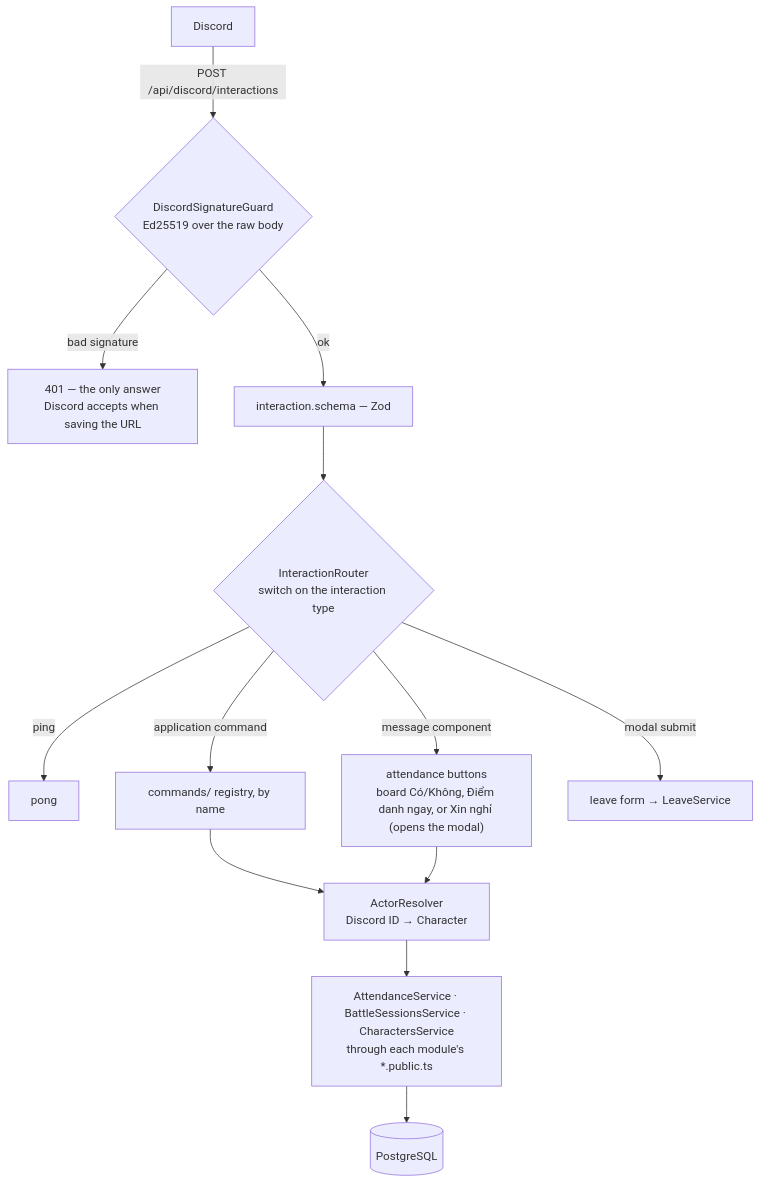
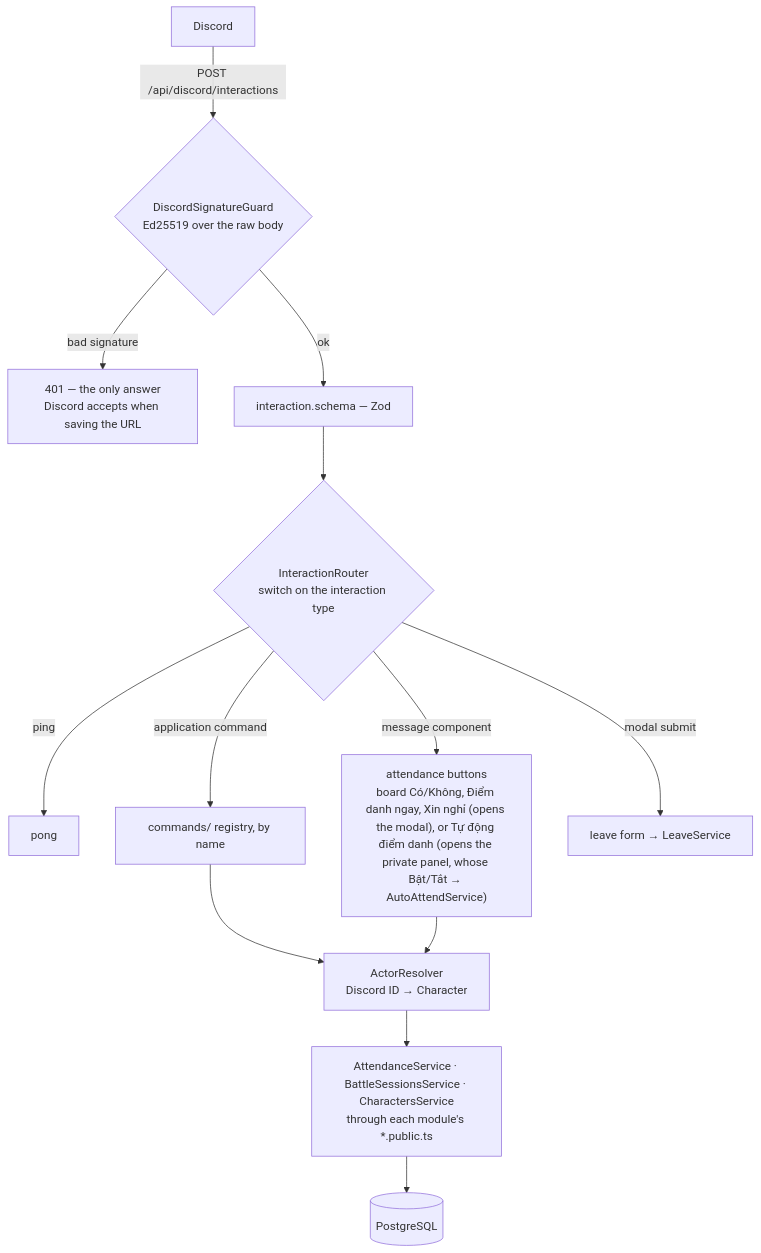
The fourth of 6 diagrams in docs/architecture.md (minhhuy1201/guild-manager), drawn with Mermaid before and after one commit. The commit also changed other lines of this file and 52 other files, not shown here.

First line of the commit message:
feat: add auto-attend toggle to attendance (#236)

````diff
--- a/docs/architecture.md
+++ b/docs/architecture.md
@@ -336,15 +338,15 @@
 ```mermaid
 flowchart TB
     D["Discord"] -->|"POST /api/discord/interactions"| G{"DiscordSignatureGuard<br/>Ed25519 over the raw body"}
     G -->|"bad signature"| E["401 — the only answer<br/>Discord accepts when saving the URL"]
     G -->|"ok"| S["interaction.schema — Zod"]
     S --> R{"InteractionRouter<br/>switch on the interaction type"}
     R -->|"ping"| P["pong"]
     R -->|"application command"| C["commands/ registry, by name"]
-    R -->|"message component"| BT["attendance buttons<br/>board Có/Không, Điểm danh ngay, or Xin nghỉ (opens the modal)"]
+    R -->|"message component"| BT["attendance buttons<br/>board Có/Không, Điểm danh ngay, Xin nghỉ (opens the modal), or Tự động điểm danh (opens the private panel, whose Bật/Tắt → AutoAttendService)"]
     R -->|"modal submit"| LV["leave form → LeaveService"]
     C --> AR["ActorResolver<br/>Discord ID → Character"]
     BT --> AR
     AR --> SVC["AttendanceService · BattleSessionsService · CharactersService<br/>through each module's *.public.ts"]
     SVC --> DB[("PostgreSQL")]
 ```
````
